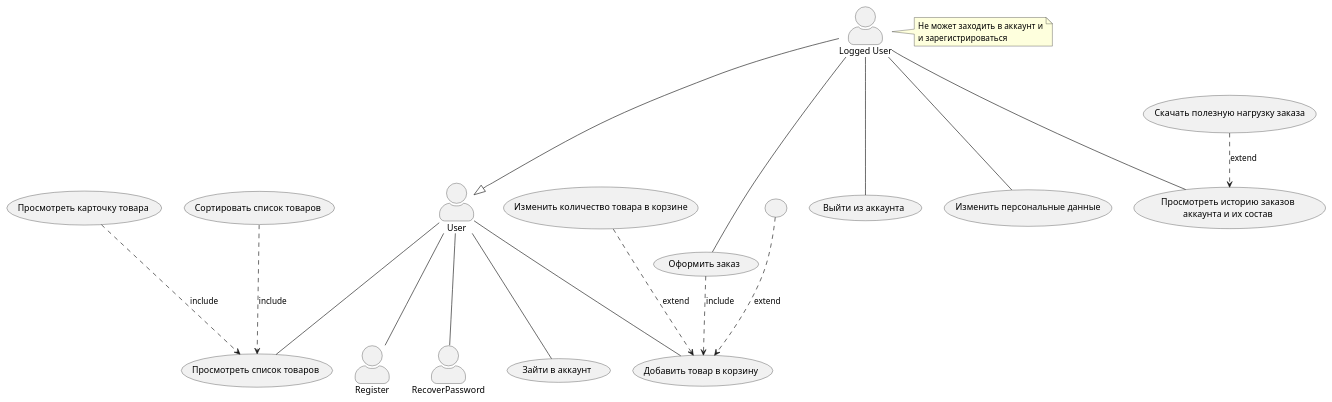
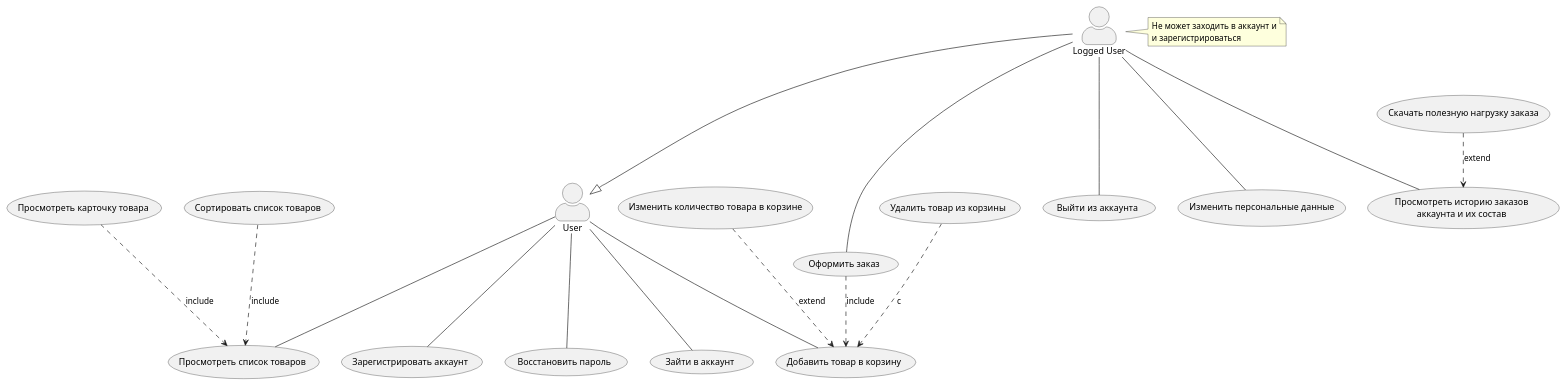
The diagram in artefacts/users_use-case.puml (mosoveru/pet-shop), drawn with PlantUML before and after one commit. The commit also changed 2 other files, not shown here.

Commit message:
chore: update users, admin use-case diagrams and README

```diff
--- a/artefacts/users_use-case.puml
+++ b/artefacts/users_use-case.puml
@@ -1,42 +1,44 @@
 @startuml
 
 skinparam actorStyle awesome
 
 :User: as User
 :Logged User: as Logged
 
 (Просмотреть список товаров) as View
 (Зайти в аккаунт) as Login
 (Выйти из аккаунта) as Logout
 (Просмотреть карточку товара) as Item
 (Сортировать список товаров) as Sort
 (Добавить товар в корзину) as Cart
-( ) as DeleteFromCart
+(Удалить товар из корзины) as DeleteFromCart
 (Изменить количество товара в корзине) as ChangeAmountInCart
 (Оформить заказ) as Checkout
 (Изменить персональные данные) as ChangePersonalData
 (Просмотреть историю заказов\nаккаунта и их состав) as OrderHistory
 (Скачать полезную нагрузку заказа) as DownloadOrderPayload
+(Зарегистрировать аккаунт) as Register
+(Восстановить пароль) as RecoverPassword
 
 Logged ---|> User
 
 Logged --- Checkout
 Logged --- Logout
 Logged --- ChangePersonalData
 Logged --- OrderHistory
 User --- View
 User --- Login
 User --- Cart
 User --- Register
 User --- RecoverPassword
 
 Item ...> View : include
 Sort ...> View : include
 Checkout ..> Cart : include
-DeleteFromCart ...> Cart : extend
+DeleteFromCart ...> Cart : с
 ChangeAmountInCart ...> Cart : extend
 DownloadOrderPayload ..> OrderHistory : extend
 
 note right of Logged : Не может заходить в аккаунт и\nи зарегистрироваться
 
 @enduml
```
